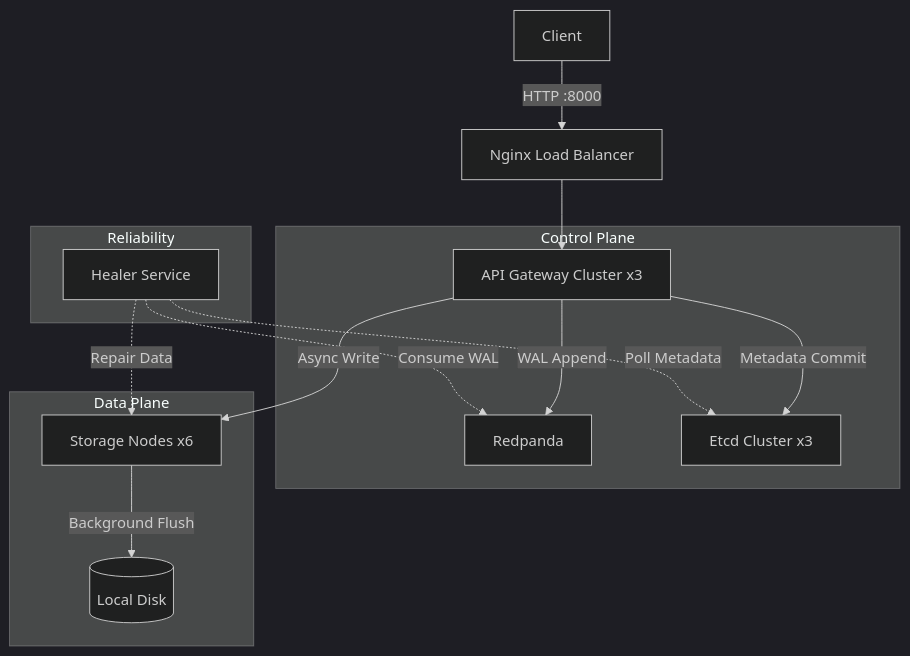
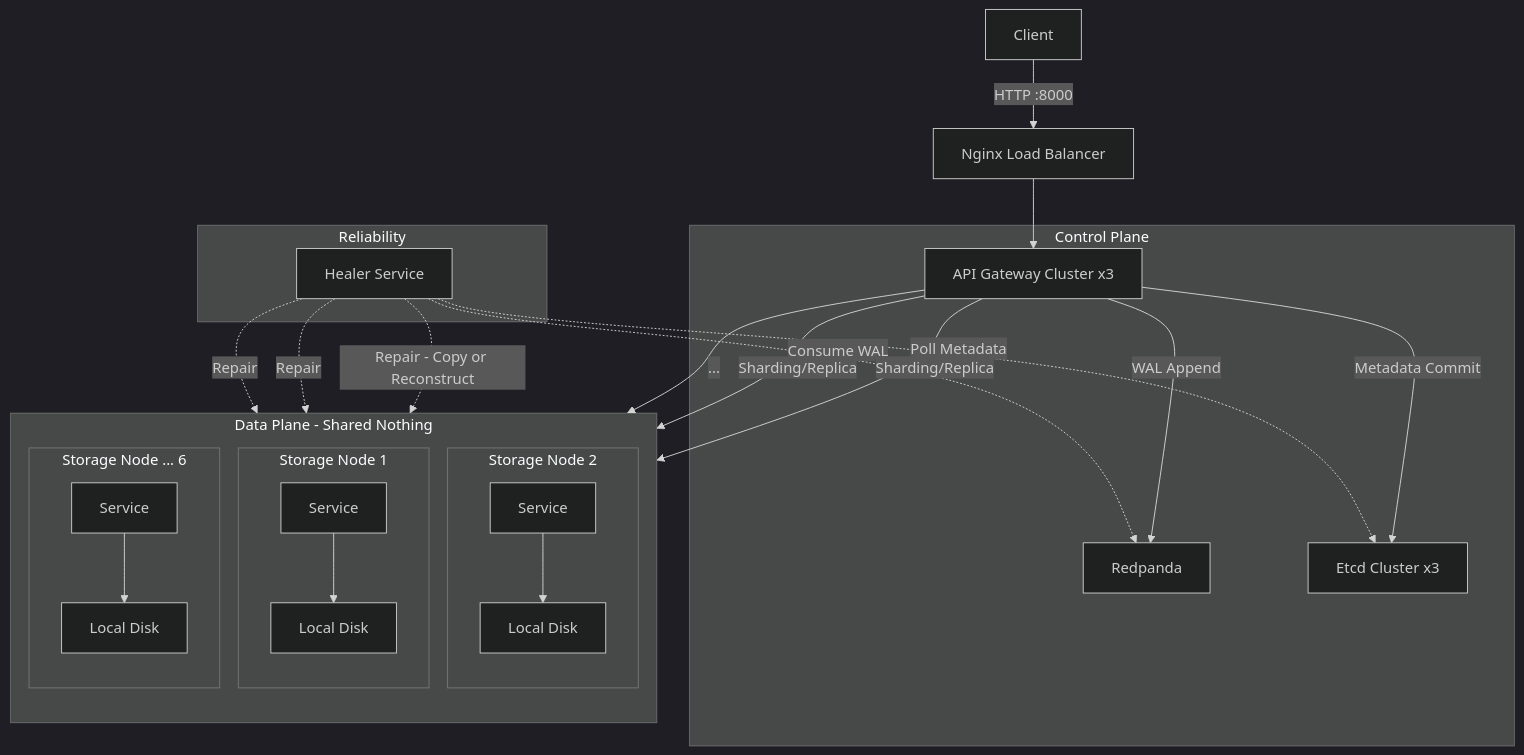
One commit to F64116045/Replication_ErasureCoding_Object_Store changed the diagram in Readme.md. Above: the diagram before and after it, drawn with Mermaid (dark theme). The commit also changed other lines of this file, not shown here.

````diff
--- a/Readme.md
+++ b/Readme.md
@@ -32,21 +30,38 @@
 ```mermaid
 graph TD
     User[Client] -->|HTTP :8000| LB[Nginx Load Balancer]
     LB --> API[API Gateway Cluster x3]
 
-    subgraph Control Plane
+    subgraph Control_Plane [Control Plane]
         API -->|WAL Append | RP[Redpanda]
         API -->|Metadata Commit | Etcd[Etcd Cluster x3]
     end
 
-    subgraph Data Plane
-        API -->|Async Write| SN[Storage Nodes x6]
-        SN -->|Background Flush| Disk[(Local Disk)]
+    subgraph Data_Plane [Data Plane - Shared Nothing]
+        direction TB
+        
+        API -->|Sharding/Replica| SN1
+        API -->|Sharding/Replica| SN2
+        API -->|...| SN_N
+
+        subgraph Node_1 [Storage Node 1]
+            SN1[Service] --> D1[Local Disk]
+        end
+
+        subgraph Node_2 [Storage Node 2]
+            SN2[Service] --> D2[Local Disk]
+        end
+
+        subgraph Node_N [Storage Node ... 6]
+            SN_N[Service] --> D_N[Local Disk]
+        end
     end
 
-    subgraph Reliability
+    subgraph Reliability [Reliability]
         Healer[Healer Service] -.->|Consume WAL| RP
-        Healer[Healer Service] -.->|Poll Metadata| Etcd
-        Healer -.->|Repair Data| SN
+        Healer -.->|Poll Metadata| Etcd
+        Healer -.->|Repair - Copy or Reconstruct| SN1
+        Healer -.->|Repair| SN2
+        Healer -.->|Repair| SN_N
     end
 ```
````
